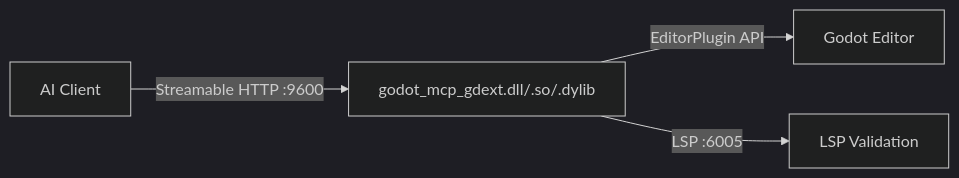
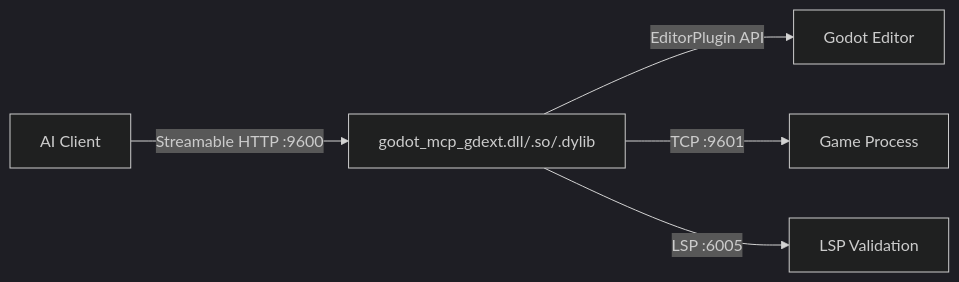
Before and after one commit to jesspig/GodotMCP-GDExtension: the diagram in docs/en/guide/getting-started.md, drawn with Mermaid (dark theme). The commit also changed other lines of this file and 18 other files, not shown here.

````diff
--- a/docs/en/guide/getting-started.md
+++ b/docs/en/guide/getting-started.md
@@ -7,6 +7,7 @@
 ```mermaid
 graph LR
     AI[AI Client] -- Streamable HTTP :9600 --> GDExt[godot_mcp_gdext.dll/.so/.dylib]
     GDExt -- EditorPlugin API --> Godot[Godot Editor]
+    GDExt -- TCP :9601 --> Game[Game Process]
     GDExt -- LSP :6005 --> LSPClient[LSP Validation]
 ```
````
